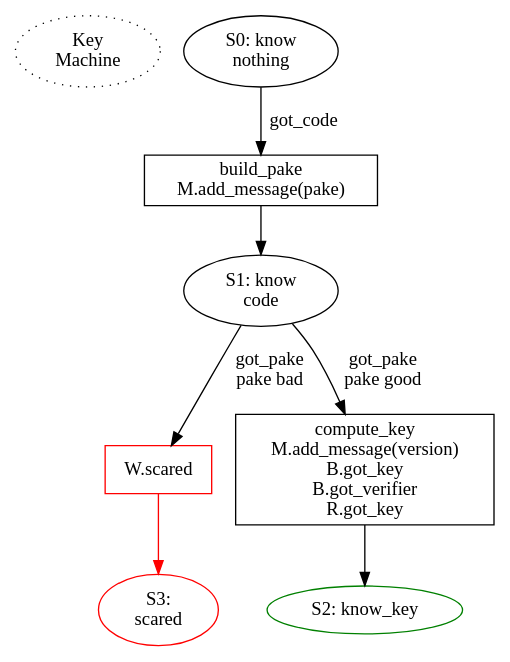
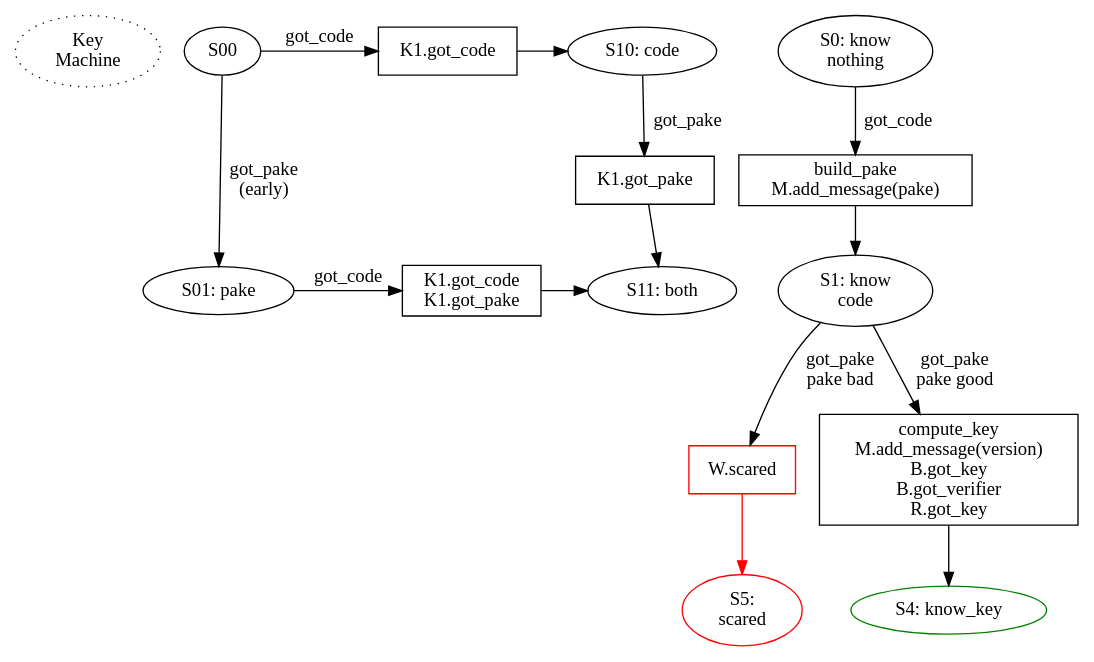
One commit to magic-wormhole/magic-wormhole changed the diagram in docs/state-machines/key.dot. Above: the diagram before and after it, drawn with Graphviz. The commit also changed 2 other files, not shown here.

Commit message:
Key: sort messages to ensure got_code lands before got_pake
Since input_code() sets the nameplate before setting the rest of the code,
and since the sender's PAKE will arrive as soon as the nameplate is set, we
could got_pake before got_code, and Key wasn't prepared to handle that.

```diff
--- a/docs/state-machines/key.dot
+++ b/docs/state-machines/key.dot
@@ -1,43 +1,63 @@
 digraph {
 
         /* could shave a RTT by committing to the nameplate early, before
         finishing the rest of the code input. While the user is still
         typing/completing the code, we claim the nameplate, open the mailbox,
         and retrieve the peer's PAKE message. Then as soon as the user
         finishes entering the code, we build our own PAKE message, send PAKE,
         compute the key, send VERSION. Starting from the Return, this saves
         two round trips. OTOH it adds consequences to hitting Tab. */
 
         start [label="Key\nMachine" style="dotted"]
+
+        /* two connected state machines: the first just puts the messages in
+        the right order, the second handles PAKE */
+
+        {rank=same; SO_00 PO_got_code SO_10}
+        {rank=same; SO_01 PO_got_both SO_11}
+        SO_00 [label="S00"]
+        SO_01 [label="S01: pake"]
+        SO_10 [label="S10: code"]
+        SO_11 [label="S11: both"]
+        SO_00 -> SO_01 [label="got_pake\n(early)"]
+        SO_00 -> PO_got_code [label="got_code"]
+        PO_got_code [shape="box" label="K1.got_code"]
+        PO_got_code -> SO_10
+        SO_01 -> PO_got_both [label="got_code"]
+        PO_got_both [shape="box" label="K1.got_code\nK1.got_pake"]
+        PO_got_both -> SO_11
+        SO_10 -> PO_got_pake [label="got_pake"]
+        PO_got_pake [shape="box" label="K1.got_pake"]
+        PO_got_pake -> SO_11
 
         S0 [label="S0: know\nnothing"]
         S0 -> P0_build [label="got_code"]
 
         P0_build [shape="box" label="build_pake\nM.add_message(pake)"]
         P0_build -> S1
         S1 [label="S1: know\ncode"]
 
         /* the Mailbox will deliver each message exactly once, but doesn't
         guarantee ordering: if Alice starts the process, then disconnects,
         then Bob starts (reading PAKE, sending both his PAKE and his VERSION
         phase), then Alice will see both PAKE and VERSION on her next
         connect, and might get the VERSION first.
 
         The Wormhole will queue inbound messages that it isn't ready for. The
         wormhole shim that lets applications do w.get(phase=) must do
         something similar, queueing inbound messages until it sees one for
         the phase it currently cares about.*/
 
         S1 -> P_mood_scary [label="got_pake\npake bad"]
         P_mood_scary [shape="box" color="red" label="W.scared"]
-        P_mood_scary -> S3 [color="red"]
-        S3 [label="S3:\nscared" color="red"]
+        P_mood_scary -> S5 [color="red"]
+        S5 [label="S5:\nscared" color="red"]
         S1 -> P1_compute [label="got_pake\npake good"]
         #S1 -> P_mood_lonely [label="close"]
 
         P1_compute [label="compute_key\nM.add_message(version)\nB.got_key\nB.got_verifier\nR.got_key" shape="box"]
-        P1_compute -> S2
+        P1_compute -> S4
 
-        S2 [label="S2: know_key" color="green"]
+        S4 [label="S4: know_key" color="green"]
 
 }
```
